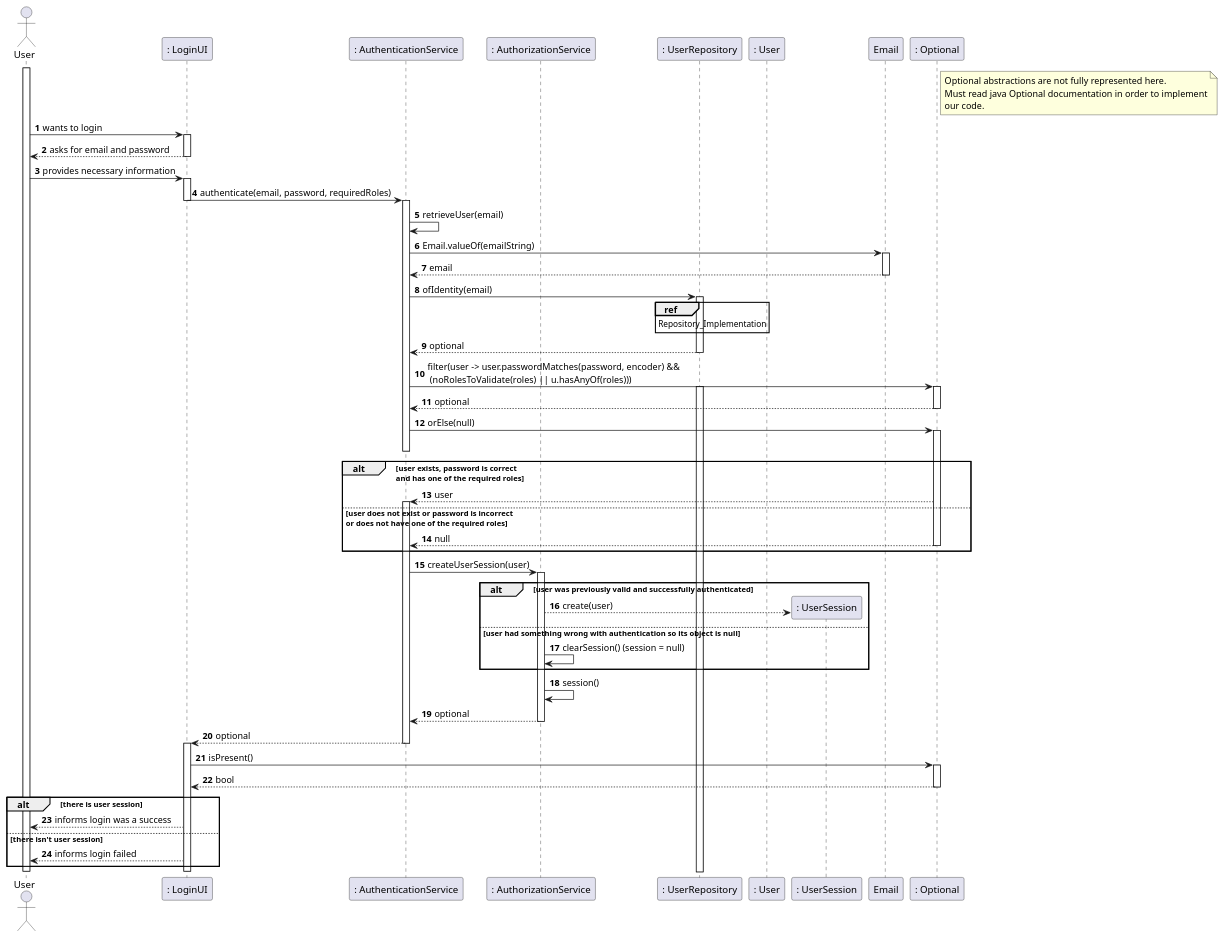
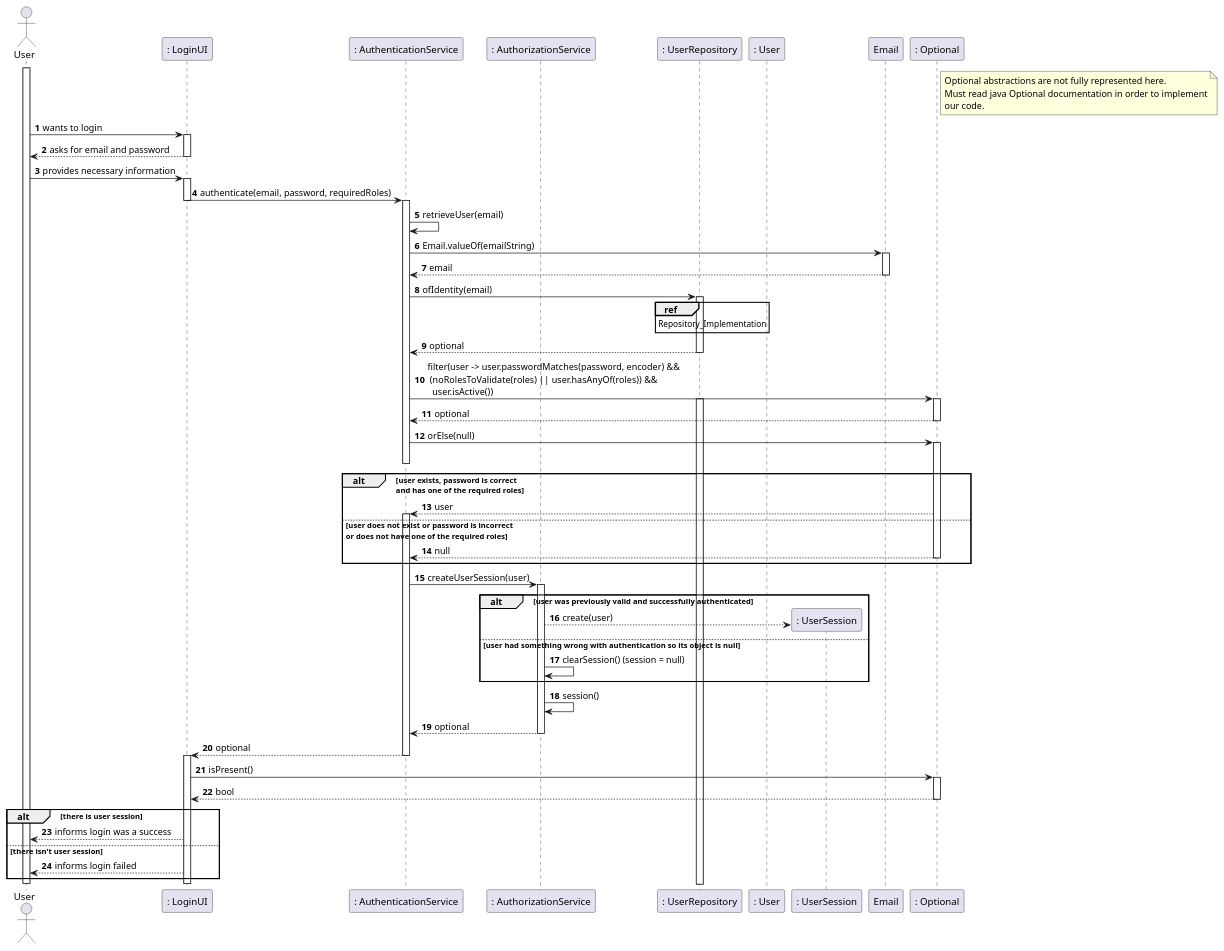
Before and after one commit to brunacosta03/sem4pi_22_23: the diagram in docs/SPRINT A/US_G006/Design/AuthenticationSequenceDiagram/SD.puml, drawn with PlantUML.

Commit message:
docs: missing user state validation on authentication #5

```diff
--- a/docs/SPRINT A/US_G006/Design/AuthenticationSequenceDiagram/SD.puml
+++ b/docs/SPRINT A/US_G006/Design/AuthenticationSequenceDiagram/SD.puml
@@ -1,96 +1,96 @@
 @startuml
 'https://plantuml.com/sequence-diagram
 
 autonumber
 actor "User" as userActor
 
 participant ": LoginUI" as ui
 participant ": AuthenticationService" as auth
 participant ": AuthorizationService" as authz
 participant ": UserRepository" as userRepo
 participant ": User" as user
 participant ": UserSession" as session
 participant "Email" as email
 participant ": Optional" as optional
 
 note right of optional
     Optional abstractions are not fully represented here.
     Must read java Optional documentation in order to implement
     our code.
 end note
 
 activate userActor
     userActor -> ui : wants to login
 activate ui
     ui --> userActor : asks for email and password
 deactivate ui
     userActor -> ui : provides necessary information
 activate ui
     ui -> auth : authenticate(email, password, requiredRoles)
 deactivate ui
 
 
 activate auth
     auth -> auth : retrieveUser(email)
     auth -> email: Email.valueOf(emailString)
 activate email
     email --> auth : email
 deactivate email
     auth -> userRepo : ofIdentity(email)
 activate userRepo
 ref over userRepo
     Repository_Implementation
 end ref
     userRepo --> auth : optional
 deactivate userRepo
-    auth -> optional : filter(user -> user.passwordMatches(password, encoder) &&\n (noRolesToValidate(roles) || u.hasAnyOf(roles)))
+    auth -> optional : filter(user -> user.passwordMatches(password, encoder) &&\n (noRolesToValidate(roles) || user.hasAnyOf(roles)) &&\n  user.isActive())
 
 activate userRepo
 
 
 activate optional
     optional --> auth : optional
 deactivate optional
     auth -> optional : orElse(null)
 activate optional
 deactivate auth
     alt user exists, password is correct\nand has one of the required roles
         optional --> auth: user
 activate auth
     else user does not exist or password is incorrect\nor does not have one of the required roles
         optional --> auth: null
 deactivate optional
     end alt
 
     auth -> authz : createUserSession(user)
 activate authz
     alt user was previously valid and successfully authenticated
         authz --> session** : create(user)
 
     else user had something wrong with authentication so its object is null
         authz -> authz : clearSession() (session = null)
     end alt
     authz -> authz : session()
     authz --> auth : optional
 deactivate
     auth --> ui : optional
 deactivate auth
 activate ui
     ui -> optional : isPresent()
     activate optional
     optional --> ui : bool
     deactivate optional
     alt there is user session
         ui --> userActor : informs login was a success
     else there isn't user session
         ui --> userActor : informs login failed
     end alt
 deactivate authz
 deactivate auth
 deactivate ui
 deactivate userActor
 
 
 
 
 @enduml
```
